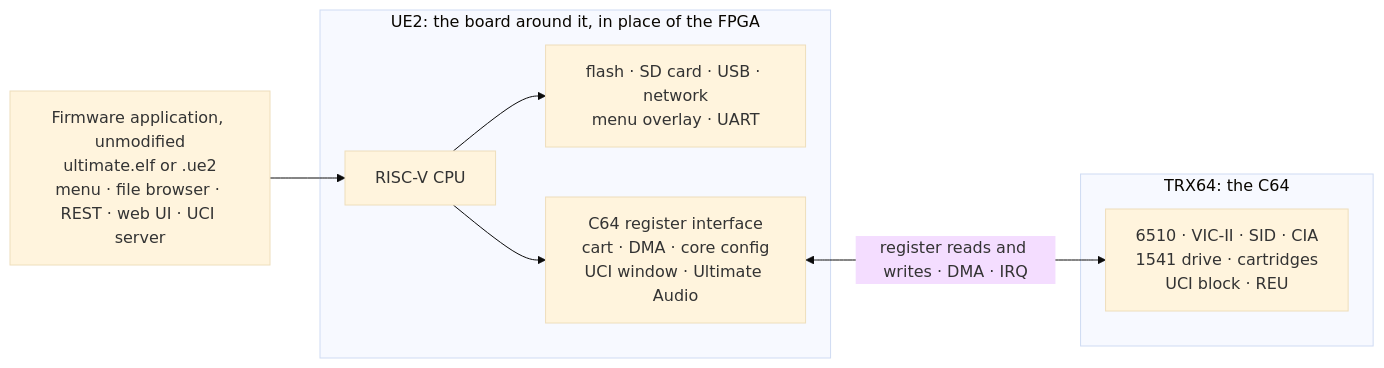
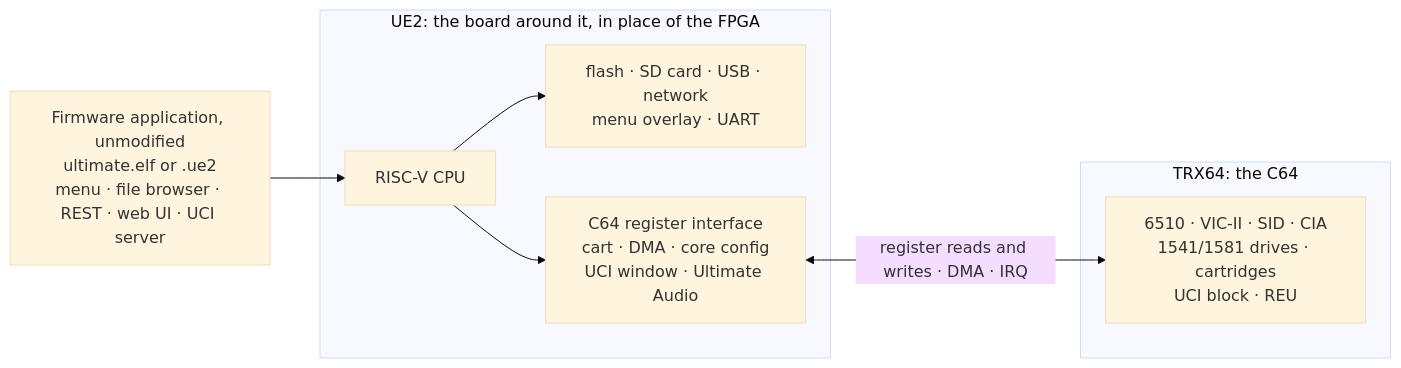
One commit to Jondalar/UE2-C64U-Emulator changed the diagram in README.md. Above: the diagram before and after it, drawn with Mermaid (base theme). The commit also changed other lines of this file and 53 other files, not shown here.

````diff
--- a/README.md
+++ b/README.md
@@ -27,16 +27,16 @@
 ```mermaid
 flowchart LR
     fw["Firmware application, unmodified<br/>ultimate.elf or .ue2<br/>menu · file browser · REST · web UI · UCI server"]
     subgraph ue2["UE2: the board around it, in place of the FPGA"]
         cpu["RISC-V CPU"]
         io["flash · SD card · USB · network<br/>menu overlay · UART"]
         port["C64 register interface<br/>cart · DMA · core config<br/>UCI window · Ultimate Audio"]
     end
     subgraph trx["TRX64: the C64"]
-        c64["6510 · VIC-II · SID · CIA<br/>1541 drive · cartridges<br/>UCI block · REU"]
+        c64["6510 · VIC-II · SID · CIA<br/>1541/1581 drives · cartridges<br/>UCI block · REU"]
     end
     fw --> cpu
     cpu --> io
     cpu --> port
     port <-->|"register reads and writes · DMA · IRQ"| c64
 ```
````
